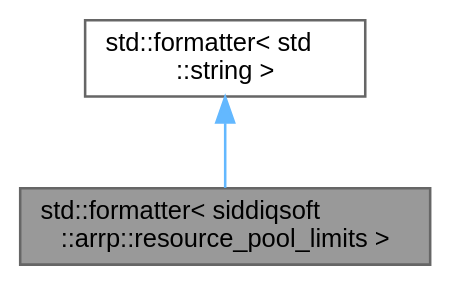
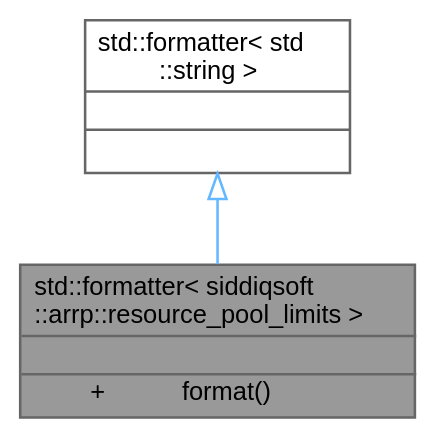
Before and after one commit to SiddiqSoft/arrp: the diagram in docs/doxygen_html/structstd_1_1formatter_3_01siddiqsoft_1_1arrp_1_1resource__pool__limits_01_4__coll__graph.dot, drawn with Graphviz. The commit also changed 94 other files, not shown here.

```diff
--- a/docs/doxygen_html/structstd_1_1formatter_3_01siddiqsoft_1_1arrp_1_1resource__pool__limits_01_4__coll__graph.dot
+++ b/docs/doxygen_html/structstd_1_1formatter_3_01siddiqsoft_1_1arrp_1_1resource__pool__limits_01_4__coll__graph.dot
@@ -1,10 +1,22 @@
 digraph "std::formatter&lt; siddiqsoft::arrp::resource_pool_limits &gt;"
 {
  // LATEX_PDF_SIZE
   bgcolor="transparent";
   edge [fontname=Helvetica,fontsize=10,labelfontname=Helvetica,labelfontsize=10];
   node [fontname=Helvetica,fontsize=10,shape=box,height=0.2,width=0.4];
-  Node1 [id="Node000001",label="std::formatter\< siddiqsoft\l::arrp::resource_pool_limits \>",height=0.2,width=0.4,color="gray40", fillcolor="grey60", style="filled", fontcolor="black",tooltip="Formatter for resource_pool_limits."];
-  Node2 -> Node1 [id="edge1_Node000001_Node000002",dir="back",color="steelblue1",style="solid",tooltip=" "];
-  Node2 [id="Node000002",label="std::formatter\< std\l::string \>",height=0.2,width=0.4,color="gray40", fillcolor="white", style="filled",tooltip=" "];
+  Node1 [id="Node000001",shape=plain,label=<<TABLE CELLBORDER="0" BORDER="1"><TR><TD COLSPAN="2" CELLPADDING="1" CELLSPACING="0">std::formatter&lt; siddiqsoft<BR ALIGN="LEFT"/>::arrp::resource_pool_limits &gt;</TD></TR>
+<HR/>
+<TR><TD COLSPAN="2" CELLPADDING="1" CELLSPACING="0">&nbsp;</TD></TR>
+<HR/>
+<TR><TD VALIGN="top" CELLPADDING="1" CELLSPACING="0">+</TD><TD VALIGN="top" ALIGN="LEFT" CELLPADDING="1" CELLSPACING="0">format()<BR ALIGN="LEFT"/></TD></TR>
+</TABLE>>
+,height=0.2,width=0.4,color="gray40", fillcolor="grey60", style="filled", fontcolor="black",tooltip="Formatter for resource_pool_limits."];
+  Node2 -> Node1 [id="edge1_Node000001_Node000002",dir="back",color="steelblue1",style="solid",tooltip=" ",arrowtail="onormal"];
+  Node2 [id="Node000002",shape=plain,label=<<TABLE CELLBORDER="0" BORDER="1"><TR><TD COLSPAN="2" CELLPADDING="1" CELLSPACING="0">std::formatter&lt; std<BR ALIGN="LEFT"/>::string &gt;</TD></TR>
+<HR/>
+<TR><TD COLSPAN="2" CELLPADDING="1" CELLSPACING="0">&nbsp;</TD></TR>
+<HR/>
+<TR><TD COLSPAN="2" CELLPADDING="1" CELLSPACING="0">&nbsp;</TD></TR>
+</TABLE>>
+,height=0.2,width=0.4,color="gray40", fillcolor="white", style="filled",tooltip=" "];
 }
```
